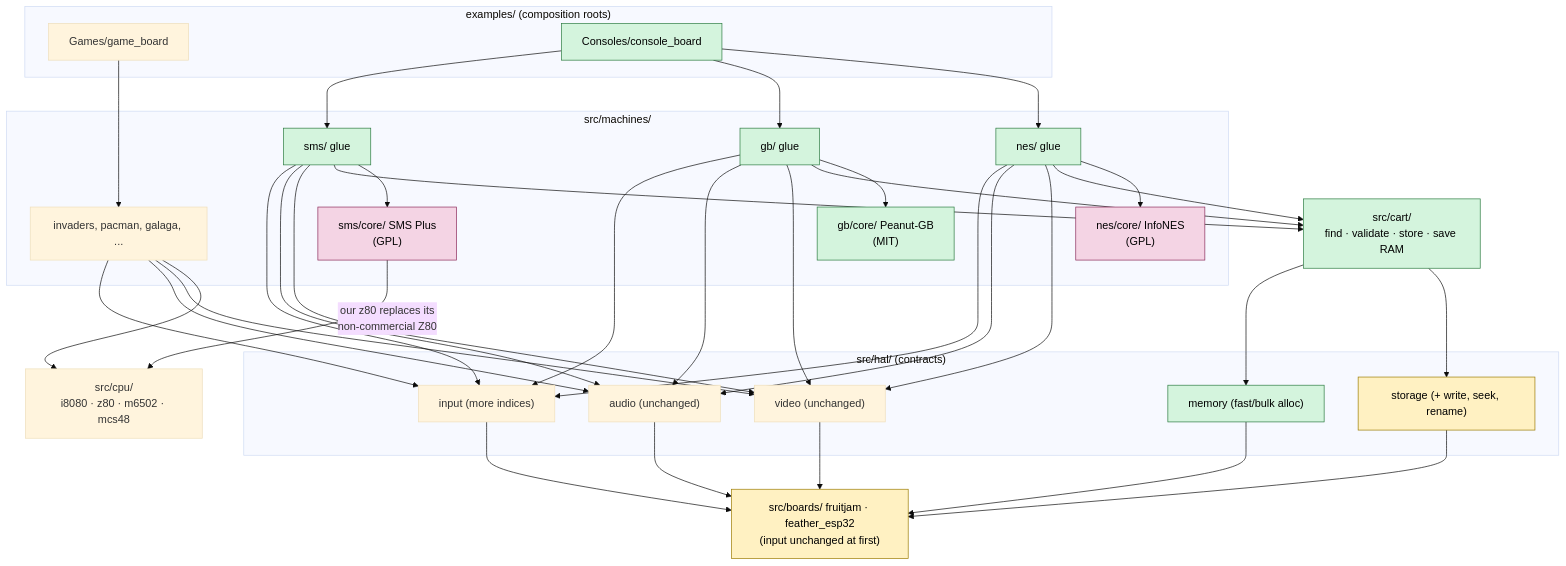
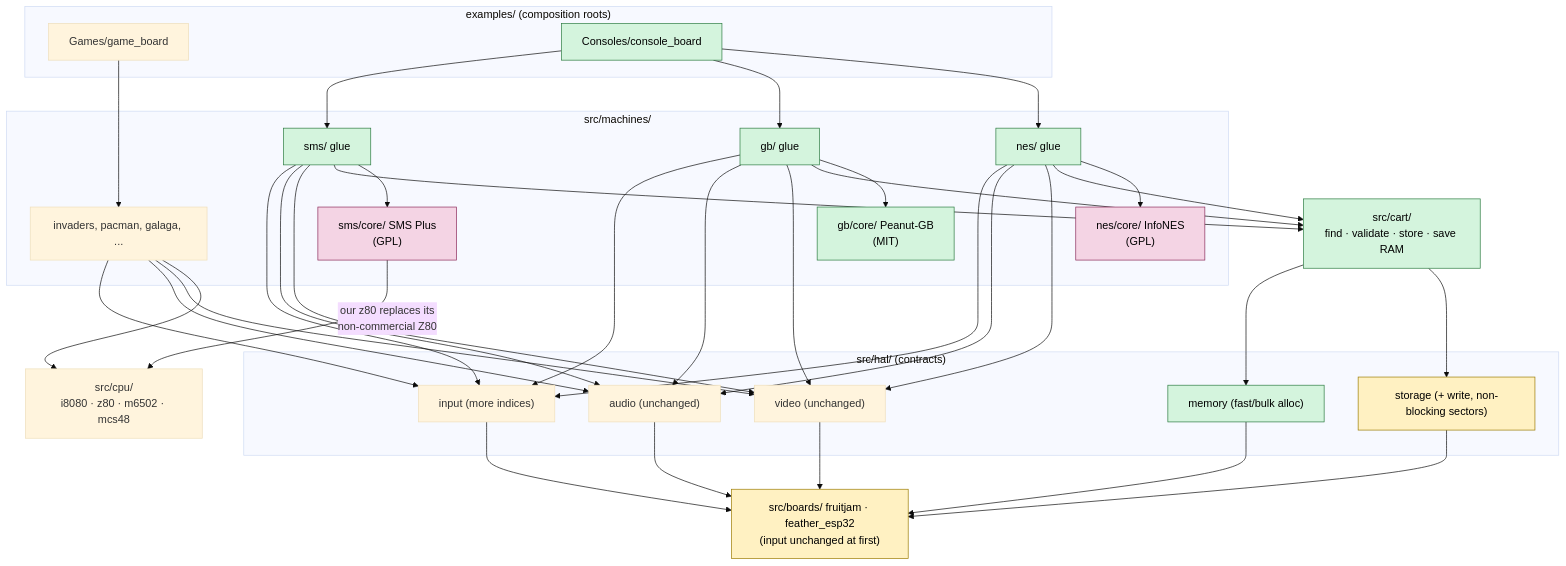
Before and after one commit to adafruit/Adafruit_Arcade_Machines: the diagram in extras/CONSOLES_PLAN.md, drawn with Mermaid (base theme). The commit also changed other lines of this file and 14 other files, not shown here.

````diff
--- a/extras/CONSOLES_PLAN.md
+++ b/extras/CONSOLES_PLAN.md
@@ -144,41 +144,41 @@
 ```mermaid
 flowchart TB
     subgraph ex["examples/ (composition roots)"]
         G["Games/game_board"]
         CX["Consoles/console_board"]:::new
     end
     subgraph machines["src/machines/"]
         M["invaders, pacman, galaga, ..."]
         NES["nes/ glue"]:::new
         NESC["nes/core/ InfoNES<br/>(GPL)"]:::gpl
         GB["gb/ glue"]:::new
         GBC["gb/core/ Peanut-GB<br/>(MIT)"]:::new
         SMS["sms/ glue"]:::new
         SMSC["sms/core/ SMS Plus<br/>(GPL)"]:::gpl
     end
     CART["src/cart/<br/>find · validate · store · save RAM"]:::new
     CPU["src/cpu/<br/>i8080 · z80 · m6502 · mcs48"]
     subgraph hal["src/hal/ (contracts)"]
         V["video (unchanged)"]
         A["audio (unchanged)"]
         I["input (more indices)"]
-        S["storage (+ write, seek, rename)"]:::changed
+        S["storage (+ write, non-blocking sectors)"]:::changed
         MEM["memory (fast/bulk alloc)"]:::new
     end
     B["src/boards/ fruitjam · feather_esp32<br/>(input unchanged at first)"]:::changed
 
     G --> M --> CPU
     CX --> NES & GB & SMS
     NES --> NESC
     GB --> GBC
     SMS --> SMSC
     SMSC -- "our z80 replaces its<br/>non-commercial Z80" --> CPU
     NES & GB & SMS --> CART
     CART --> S & MEM
     M & NES & GB & SMS --> V & A & I
     V & A & I & S & MEM --> B
 
     classDef new fill:#d4f4dd,stroke:#2a7a3f,color:#000
     classDef changed fill:#fff1c2,stroke:#9a7a00,color:#000
     classDef gpl fill:#f4d4e4,stroke:#8a2a5a,color:#000
 ```
````
